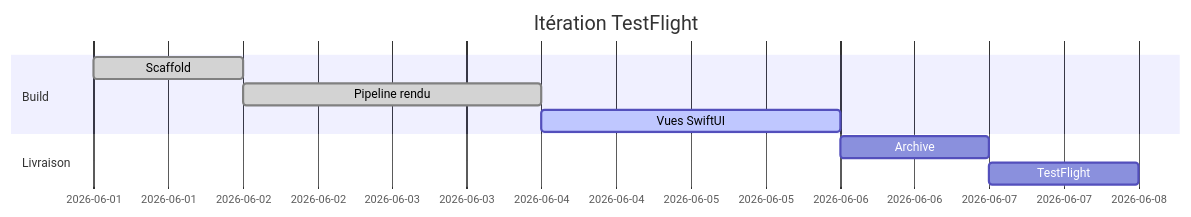
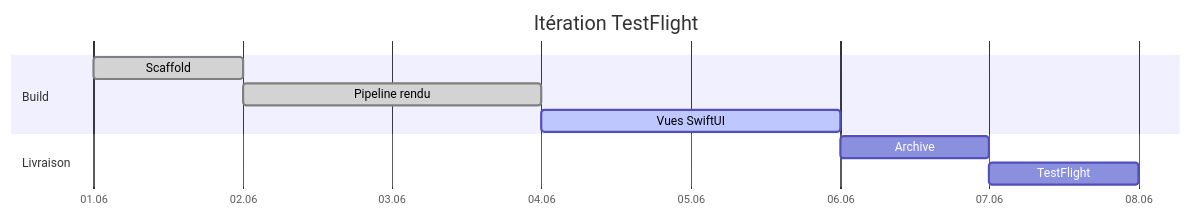
Before and after one commit to pat-the-geek/OK-ia-Markdown-Viewer: the third of 5 diagrams in OKiaMarkdownViewer/Samples/Demo.md, drawn with Mermaid. The commit also changed 2 other files, not shown here.

Commit message:
Gantt : plus de diagramme écrasé quand aujourd'hui tombe hors du planning
La ligne « aujourd'hui » de Mermaid, tracée cinq mois après les tâches de
la démo, étirait le dessin sur 21 742 px : le Gantt n'était plus qu'un
trait. Hors de la période des tâches, elle est retirée et le cadre revient
aux barres ; dans la période, elle reste. Les tâches ont leurs couleurs
(la tâche en cours était blanche sur blanc), et la démo a un axe en dates
courtes.

````diff
--- a/OKiaMarkdownViewer/Samples/Demo.md
+++ b/OKiaMarkdownViewer/Samples/Demo.md
@@ -55,12 +55,14 @@
 ```mermaid
 gantt
     title Itération TestFlight
     dateFormat YYYY-MM-DD
+    axisFormat %d.%m
+    tickInterval 1day
     section Build
     Scaffold        :done,    s1, 2026-06-01, 1d
     Pipeline rendu  :done,    s2, after s1, 2d
     Vues SwiftUI    :active,  s3, after s2, 2d
     section Livraison
     Archive         :         s4, after s3, 1d
     TestFlight      :         s5, after s4, 1d
 ```
````
